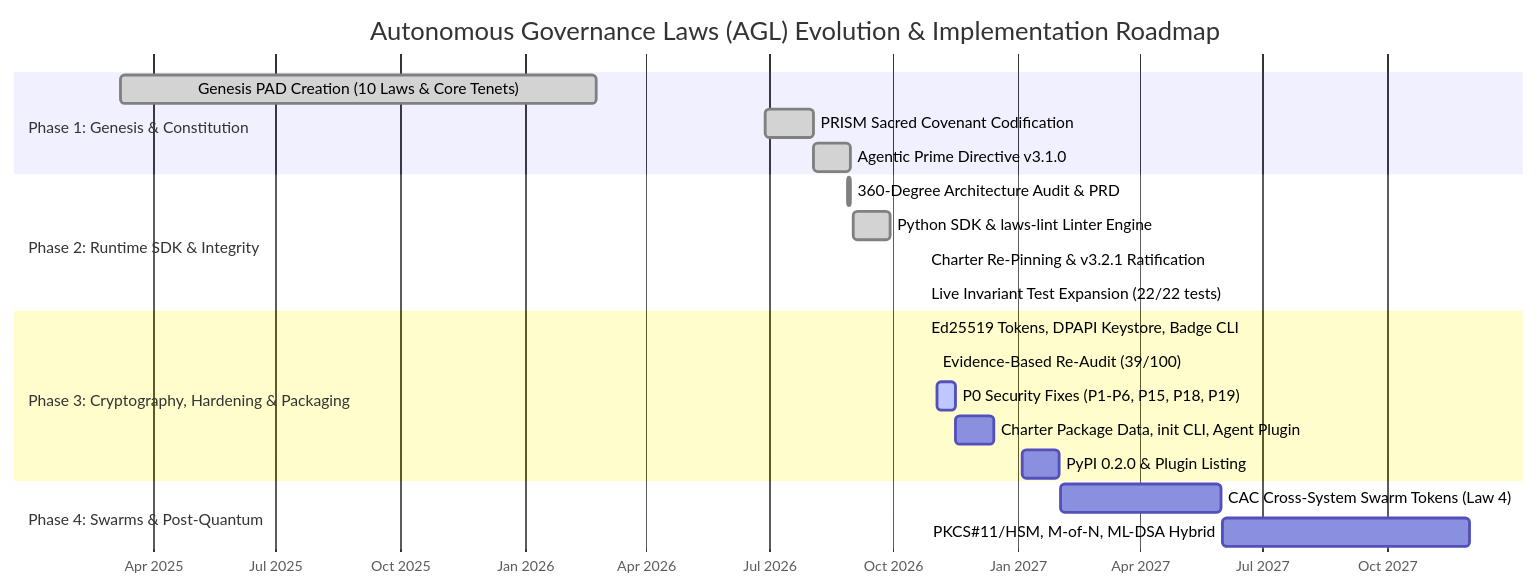
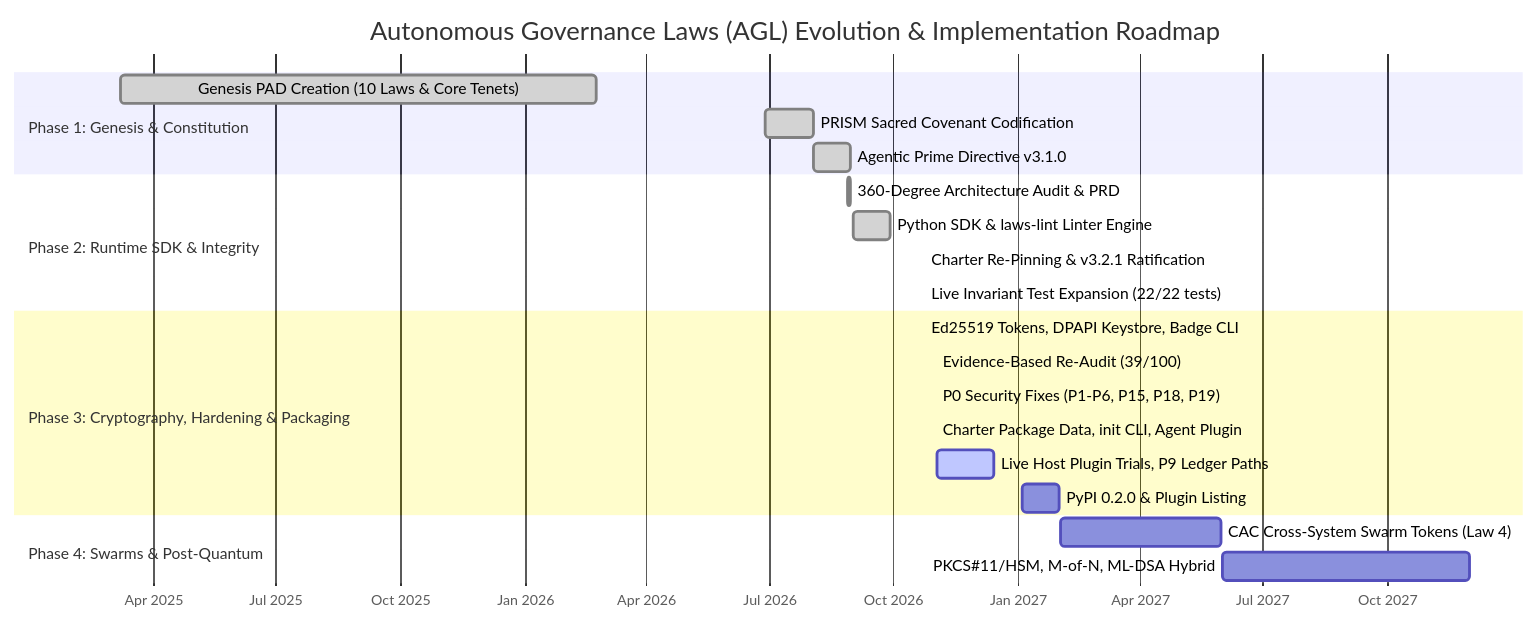
Before and after one commit to kirklasalle/AutonomousGovernanceLaws: the third of 3 diagrams in README.md, drawn with Mermaid. The commit also changed other lines of this file and 8 other files, not shown here.

````diff
--- a/README.md
+++ b/README.md
@@ -317,28 +349,29 @@
 ```mermaid
 gantt
     title Autonomous Governance Laws (AGL) Evolution & Implementation Roadmap
     dateFormat  YYYY-MM-DD
     axisFormat  %b %Y
 
     section Phase 1: Genesis & Constitution
     Genesis PAD Creation (10 Laws & Core Tenets) :done, p1, 2025-03-08, 2026-02-23
     PRISM Sacred Covenant Codification          :done, p2, 2026-06-28, 2026-08-03
     Agentic Prime Directive v3.1.0               :done, p3, 2026-08-03, 2026-08-30
 
     section Phase 2: Runtime SDK & Integrity
     360-Degree Architecture Audit & PRD          :done, p4, 2026-08-28, 2026-08-30
     Python SDK & laws-lint Linter Engine         :done, p5, 2026-09-01, 2026-09-28
     Charter Re-Pinning & v3.2.1 Ratification     :done, p6, 2026-10-24, 2026-10-24
     Live Invariant Test Expansion (22/22 tests)  :done, p7, 2026-10-24, 2026-10-24
 
     section Phase 3: Cryptography, Hardening & Packaging
     Ed25519 Tokens, DPAPI Keystore, Badge CLI    :done, p9, 2026-10-24, 2026-10-24
     Evidence-Based Re-Audit (39/100)             :done, p10, 2026-11-01, 2026-11-01
-    P0 Security Fixes (P1-P6, P15, P18, P19)     :active, p8, 2026-11-02, 2026-11-16
-    Charter Package Data, init CLI, Agent Plugin :p8b, 2026-11-16, 2026-12-14
+    P0 Security Fixes (P1-P6, P15, P18, P19)     :done, p8, 2026-11-01, 2026-11-01
+    Charter Package Data, init CLI, Agent Plugin :done, p8b, 2026-11-01, 2026-11-01
+    Live Host Plugin Trials, P9 Ledger Paths     :active, p8d, 2026-11-02, 2026-12-14
     PyPI 0.2.0 & Plugin Listing                  :p8c, 2027-01-04, 2027-01-31
 
     section Phase 4: Swarms & Post-Quantum
     CAC Cross-System Swarm Tokens (Law 4)        :p11, 2027-02-01, 2027-05-31
     PKCS#11/HSM, M-of-N, ML-DSA Hybrid           :p12, 2027-06-01, 2027-12-01
 ```
````
